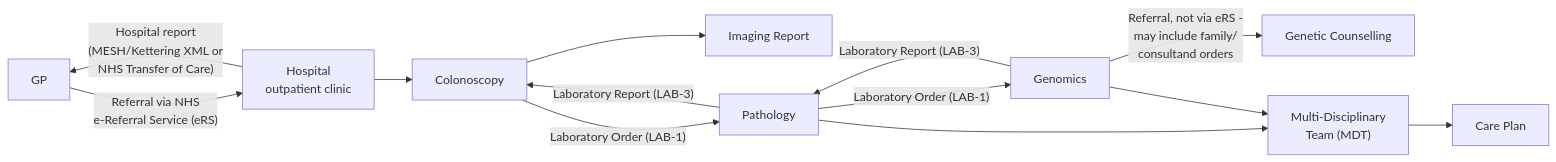
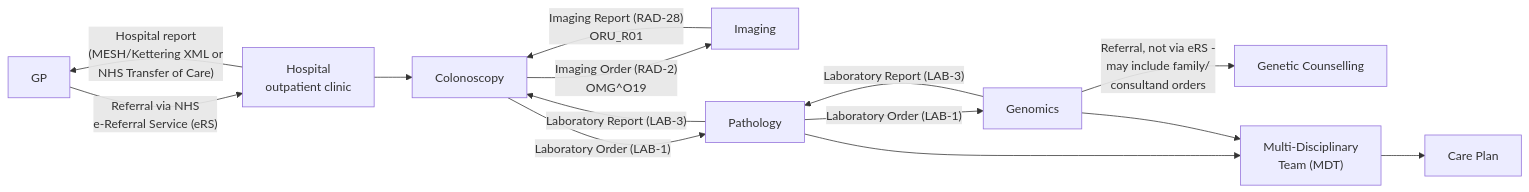
One commit to nw-gmsa/nw-gmsa.github.com changed the third of 5 diagrams in input/pagecontent/CancerNOS.md. Above: the diagram before and after it, drawn with Mermaid. The commit also changed other lines of this file, not shown here.

Commit message:
Annotate imaging order/report with IHE Radiology transaction codes
Imaging Order is RAD-2 (OMG^O19) and Imaging Report is RAD-28
(ORU_R01), added to both the prose and the closed-loop referral
diagram alongside the existing LAB-1/LAB-3 annotations.

Claude-Session: https://claude.ai/code/session_01FaJZPo5x3UCuWmUi5yyXAB

````diff
--- a/input/pagecontent/CancerNOS.md
+++ b/input/pagecontent/CancerNOS.md
@@ -105,15 +105,16 @@
 ```mermaid
 flowchart LR
     GP["GP"] -->|"Referral via NHS<br/>e-Referral Service (eRS)"| Hosp["Hospital<br/>outpatient clinic"]
     Hosp -->|"Hospital report<br/>(MESH/Kettering XML or<br/>NHS Transfer of Care)"| GP
     Hosp --> Colo["Colonoscopy"]
-    Colo --> Img["Imaging Report"]
+    Colo -->|"Imaging Order (RAD-2)<br/>OMG^O19"| Img["Imaging"]
+    Img -->|"Imaging Report (RAD-28)<br/>ORU_R01"| Colo
     Colo -->|"Laboratory Order (LAB-1)"| Path["Pathology"]
     Path -->|"Laboratory Report (LAB-3)"| Colo
     Path -->|"Laboratory Order (LAB-1)"| Gen["Genomics"]
     Gen -->|"Laboratory Report (LAB-3)"| Path
     Gen -->|"Referral, not via eRS -<br/>may include family/<br/>consultand orders"| Couns["Genetic Counselling"]
     Path --> MDT["Multi-Disciplinary<br/>Team (MDT)"]
     Gen --> MDT
     MDT --> Plan["Care Plan"]
 ```
````
